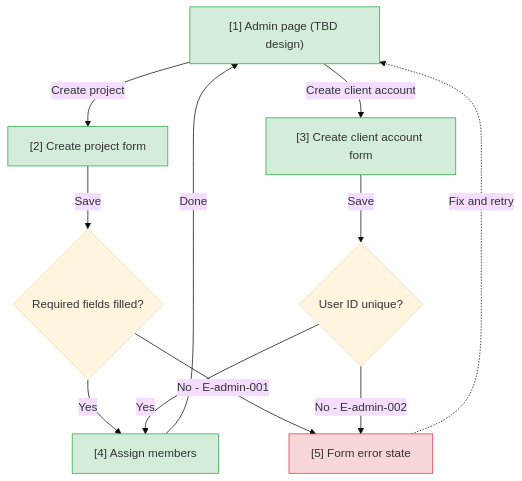
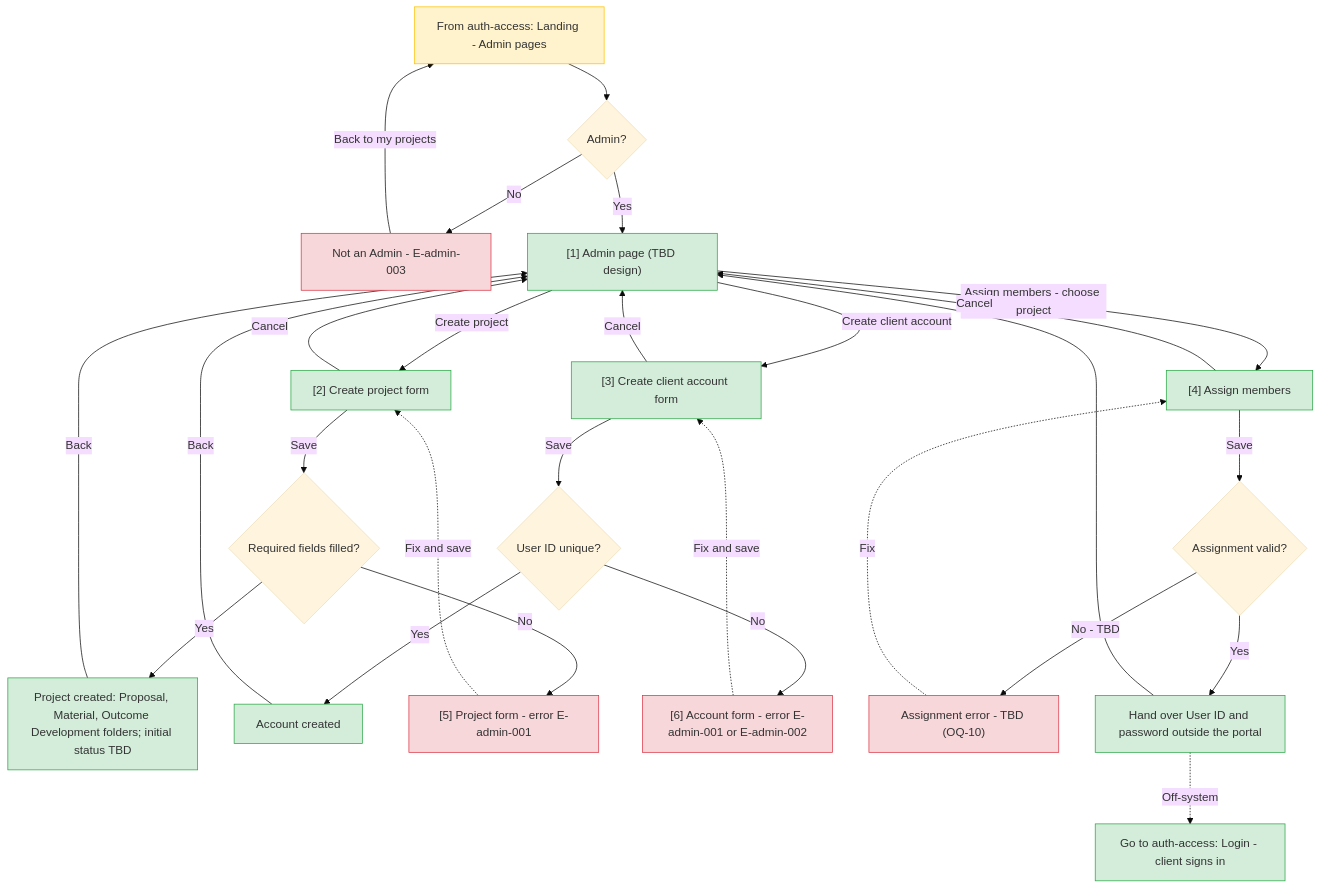
Before and after one commit to vincetruong0512/LeapUp-plan: the diagram in docs/admin/srs/admin-userflow.md, drawn with Mermaid (base theme). The commit also changed other lines of this file and 49 other files, not shown here.

````diff
--- a/docs/admin/srs/admin-userflow.md
+++ b/docs/admin/srs/admin-userflow.md
@@ -17,25 +21,52 @@
 ```mermaid
 flowchart TD
+    e0["From auth-access: Landing - Admin pages"]
+    d0{"Admin?"}
+    n0["Not an Admin - E-admin-003"]
     n1["[1] Admin page (TBD design)"]
     n2["[2] Create project form"]
     d1{"Required fields filled?"}
+    s1["Project created: Proposal, Material, Outcome Development folders; initial status TBD"]
     n3["[3] Create client account form"]
     d2{"User ID unique?"}
+    s2["Account created"]
     n4["[4] Assign members"]
-    n5["[5] Form error state"]
+    d3{"Assignment valid?"}
+    n5a["[5] Project form - error E-admin-001"]
+    n5b["[6] Account form - error E-admin-001 or E-admin-002"]
+    n6["Assignment error - TBD (OQ-10)"]
+    h1["Hand over User ID and password outside the portal"]
+    x1["Go to auth-access: Login - client signs in"]
+    e0 --> d0
+    d0 -->|"Yes"| n1
+    d0 -->|"No"| n0
+    n0 -->|"Back to my projects"| e0
     n1 -->|"Create project"| n2
     n2 -->|"Save"| d1
-    d1 -->|"Yes"| n4
-    d1 -->|"No - E-admin-001"| n5
+    n2 -->|"Cancel"| n1
+    d1 -->|"Yes"| s1
+    d1 -->|"No"| n5a
+    n5a -.->|"Fix and save"| n2
+    s1 -->|"Back"| n1
     n1 -->|"Create client account"| n3
     n3 -->|"Save"| d2
-    d2 -->|"Yes"| n4
-    d2 -->|"No - E-admin-002"| n5
-    n5 -.->|"Fix and retry"| n1
-    n4 -->|"Done"| n1
-    class n1,n2,n3,n4 happy
-    class n5 error
+    n3 -->|"Cancel"| n1
+    d2 -->|"Yes"| s2
+    d2 -->|"No"| n5b
+    n5b -.->|"Fix and save"| n3
+    s2 -->|"Back"| n1
+    n1 -->|"Assign members - choose project"| n4
+    n4 -->|"Save"| d3
+    n4 -->|"Cancel"| n1
+    d3 -->|"Yes"| h1
+    d3 -->|"No - TBD"| n6
+    n6 -.->|"Fix"| n4
+    h1 -.->|"Off-system"| x1
+    h1 --> n1
+    class n1,n2,n3,n4,s1,s2,h1,x1 happy
+    class n0,n5a,n5b,n6 error
+    class e0 edge
     classDef happy fill:#d4edda,stroke:#28a745
     classDef error fill:#f8d7da,stroke:#dc3545
     classDef edge fill:#fff3cd,stroke:#ffc107
 ```
````
